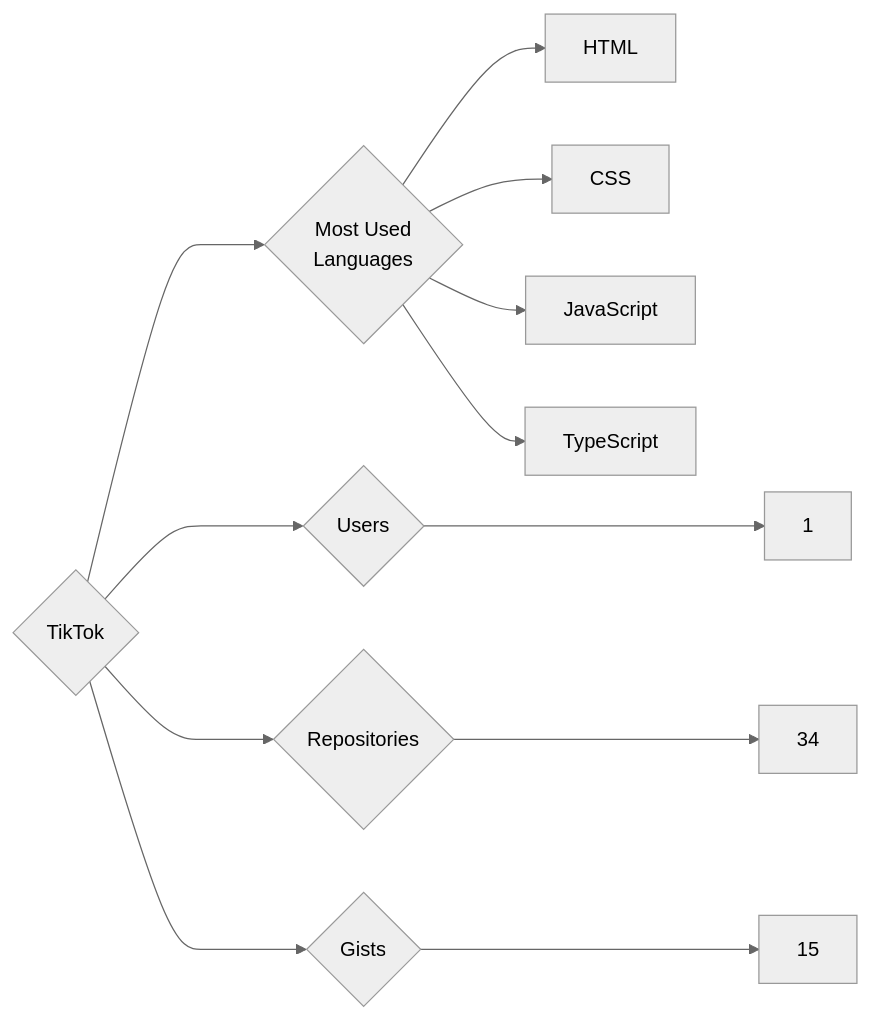
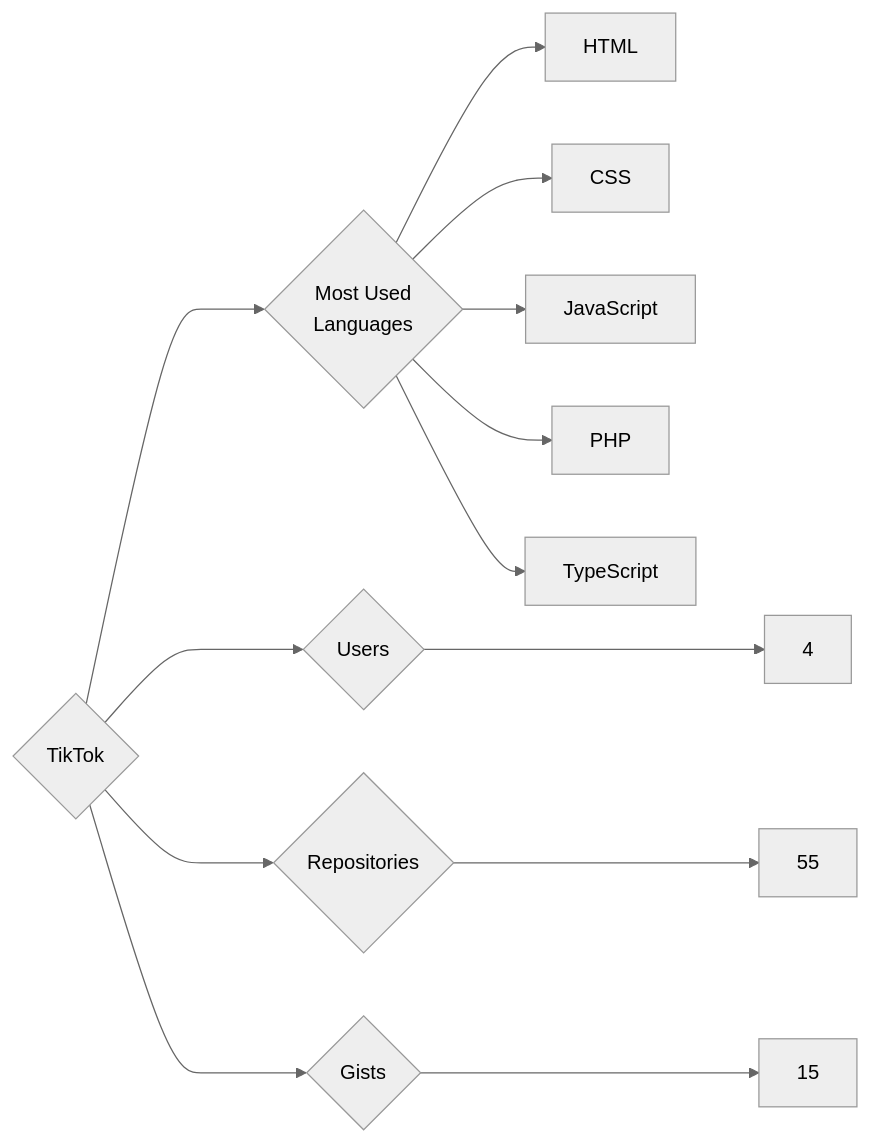
Before and after one commit to trickest/insiders: the diagram in targets/TikTok/README.md, drawn with Mermaid (neutral theme). The commit also changed 1389 other files, not shown here.

````diff
--- a/targets/TikTok/README.md
+++ b/targets/TikTok/README.md
@@ -3,12 +3,13 @@
 ```mermaid
 graph LR
 COMPANY_NAME{TikTok}
-COMPANY_NAME ---> U{Users} ---> UN[1]
-COMPANY_NAME ---> R{Repositories} ---> RN[34]
+COMPANY_NAME ---> U{Users} ---> UN[4]
+COMPANY_NAME ---> R{Repositories} ---> RN[55]
 COMPANY_NAME ---> G{Gists} ---> GN[15]
 COMPANY_NAME ---> ML{Most Used<br>Languages}
 ML --> HTML[HTML]
 ML --> CSS[CSS]
 ML --> JavaScript[JavaScript]
+ML --> PHP[PHP]
 ML --> TypeScript[TypeScript]
 ```
````
